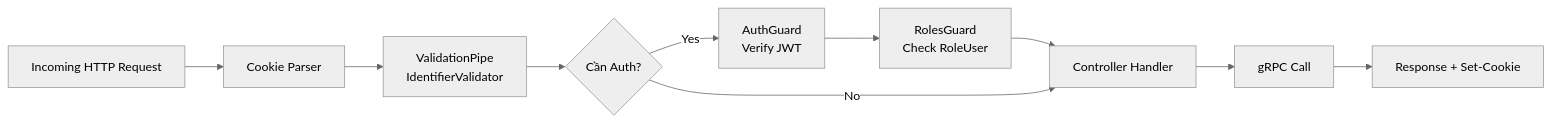
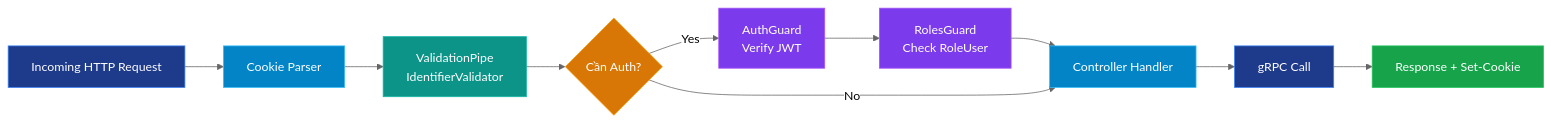
One commit to kan-ckm/tomato_cinema changed the seventh of 7 diagrams in apps/gateway-service/README.md. Above: the diagram before and after it, drawn with Mermaid (neutral theme). The commit also changed other lines of this file and 3 other files, not shown here.

Commit message:
docs: tối ưu hóa màu sắc sơ đồ Mermaid trong toàn bộ README cho cả Dark và Light theme

````diff
--- a/apps/gateway-service/README.md
+++ b/apps/gateway-service/README.md
@@ -215,12 +342,22 @@
 ```mermaid
 flowchart LR
     Req[Incoming HTTP Request] --> C[Cookie Parser]
     C --> V[ValidationPipe\nIdentifierValidator]
     V --> G{Cần Auth?}
     G -- Yes --> AG[AuthGuard\nVerify JWT]
     AG --> RG[RolesGuard\nCheck RoleUser]
     RG --> Ctrl[Controller Handler]
     G -- No --> Ctrl
     Ctrl --> Grpc[gRPC Call]
     Grpc --> Res[Response + Set-Cookie]
+
+    style Req fill:#1e3a8a,stroke:#3b82f6,color:#fff
+    style C fill:#0284c7,stroke:#38bdf8,color:#fff
+    style V fill:#0d9488,stroke:#14b8a6,color:#fff
+    style G fill:#d97706,stroke:#f59e0b,color:#fff
+    style AG fill:#7c3aed,stroke:#a855f7,color:#fff
+    style RG fill:#7c3aed,stroke:#a855f7,color:#fff
+    style Ctrl fill:#0284c7,stroke:#38bdf8,color:#fff
+    style Grpc fill:#1e3a8a,stroke:#3b82f6,color:#fff
+    style Res fill:#16a34a,stroke:#22c55e,color:#fff
 ```
````
